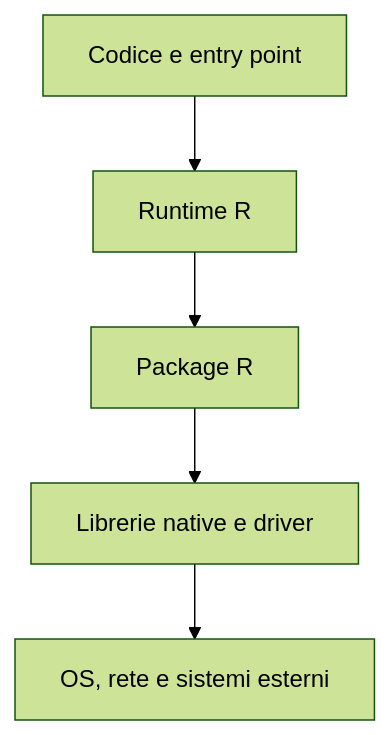
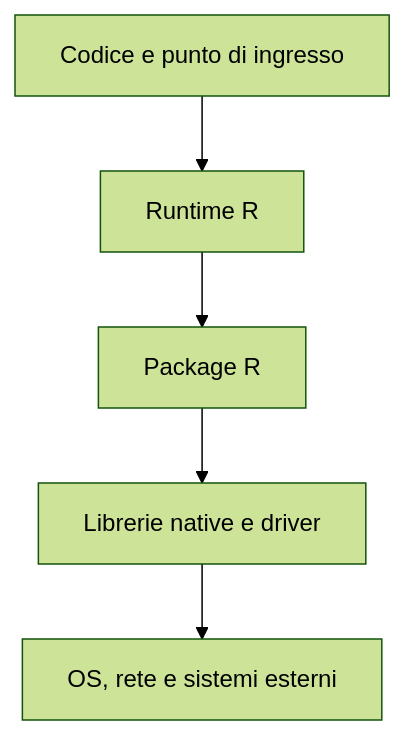
Before and after one commit to andreabz/R_per_IT: the second of 6 diagrams in slides.qmd, drawn with Mermaid (forest theme). The commit also changed other lines of this file and 10 other files, not shown here.

````diff
--- a/slides.qmd
+++ b/slides.qmd
@@ -99,8 +99,8 @@
 ```{mermaid}
 %%| echo: false
 flowchart TB
- A["Codice e entry point"] --> B["Runtime R"]
+ A["Codice e punto di ingresso"] --> B["Runtime R"]
  B --> C["Package R"]
  C --> D["Librerie native e driver"]
  D --> E["OS, rete e sistemi esterni"]
 ```
````
